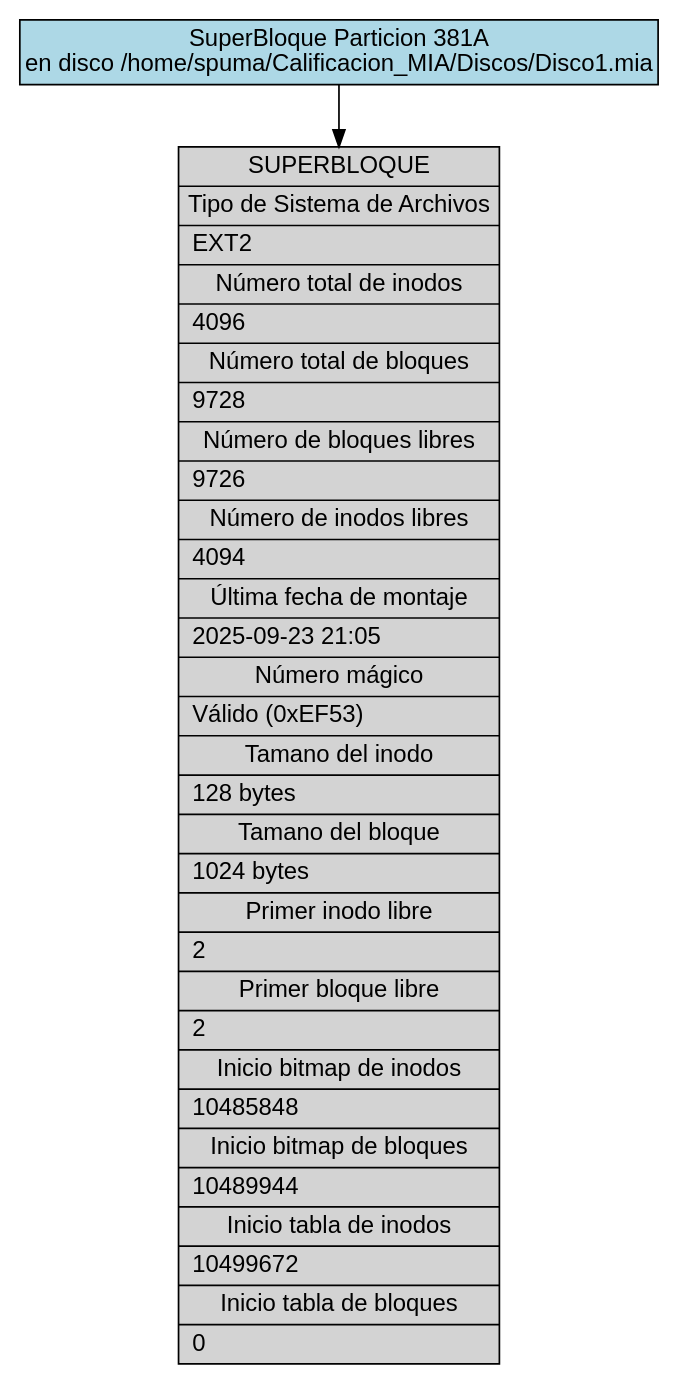
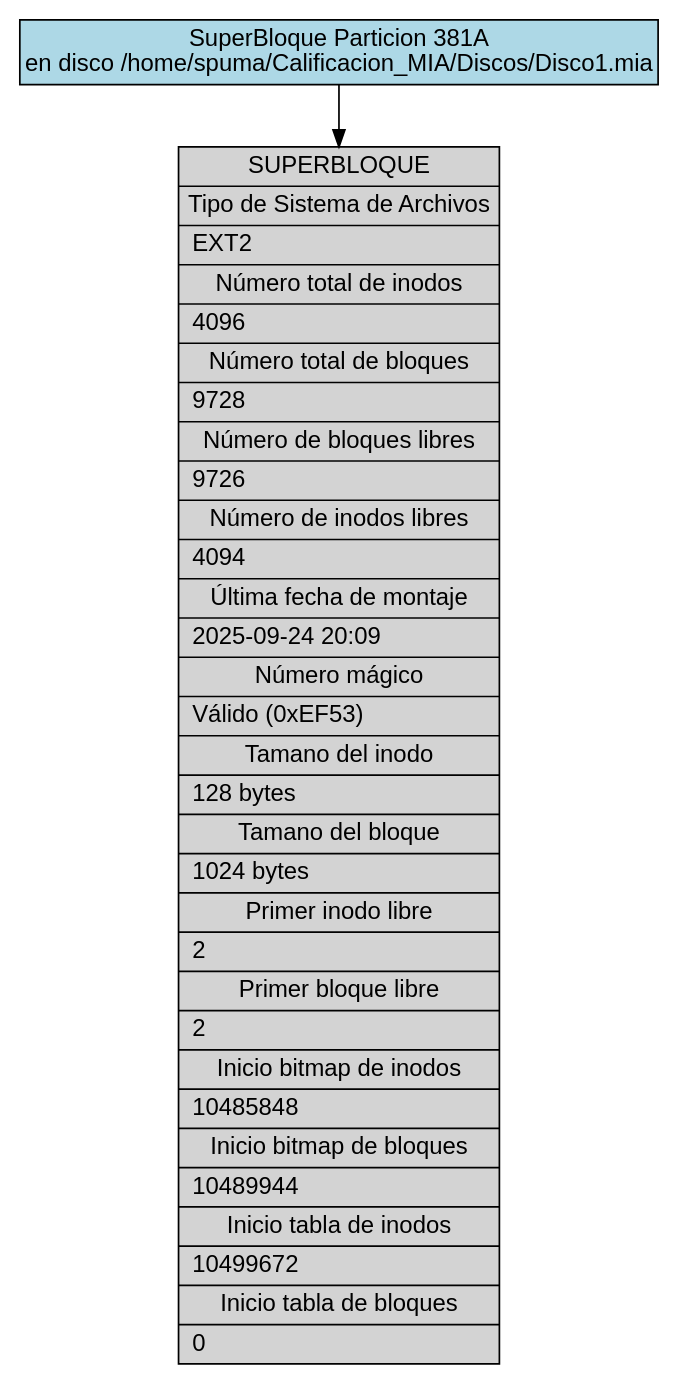
One commit to DiegVas/MIA_2S2025_P2_202300638 changed the diagram in backend/provider/reports/src/sb_381A.dot. Above: the diagram before and after it, drawn with Graphviz. The commit also changed 17 other files, not shown here.

```diff
--- a/backend/provider/reports/src/sb_381A.dot
+++ b/backend/provider/reports/src/sb_381A.dot
@@ -1,13 +1,13 @@
 digraph Superblock_Report {
     rankdir=TB;
     node [shape=record, fontname="Arial"];
     edge [fontname="Arial"];
     graph [fontname="Arial"];
 
     title [label="SuperBloque Particion 381A\nen disco /home/spuma/Calificacion_MIA/Discos/Disco1.mia", shape=box, style=filled, fillcolor=lightblue];
 
-    superblock [label="{SUPERBLOQUE|Tipo de Sistema de Archivos|EXT2\l|Número total de inodos|4096\l|Número total de bloques|9728\l|Número de bloques libres|9726\l|Número de inodos libres|4094\l|Última fecha de montaje|2025-09-23 21:05\l|Número mágico|Válido (0xEF53)\l|Tamano del inodo|128 bytes\l|Tamano del bloque|1024 bytes\l|Primer inodo libre|2\l|Primer bloque libre|2\l|Inicio bitmap de inodos|10485848\l|Inicio bitmap de bloques|10489944\l|Inicio tabla de inodos|10499672\l|Inicio tabla de bloques|0\l}", style=filled, fillcolor=lightgray];
+    superblock [label="{SUPERBLOQUE|Tipo de Sistema de Archivos|EXT2\l|Número total de inodos|4096\l|Número total de bloques|9728\l|Número de bloques libres|9726\l|Número de inodos libres|4094\l|Última fecha de montaje|2025-09-24 20:09\l|Número mágico|Válido (0xEF53)\l|Tamano del inodo|128 bytes\l|Tamano del bloque|1024 bytes\l|Primer inodo libre|2\l|Primer bloque libre|2\l|Inicio bitmap de inodos|10485848\l|Inicio bitmap de bloques|10489944\l|Inicio tabla de inodos|10499672\l|Inicio tabla de bloques|0\l}", style=filled, fillcolor=lightgray];
 
     title -> superblock;
 
 }
```
